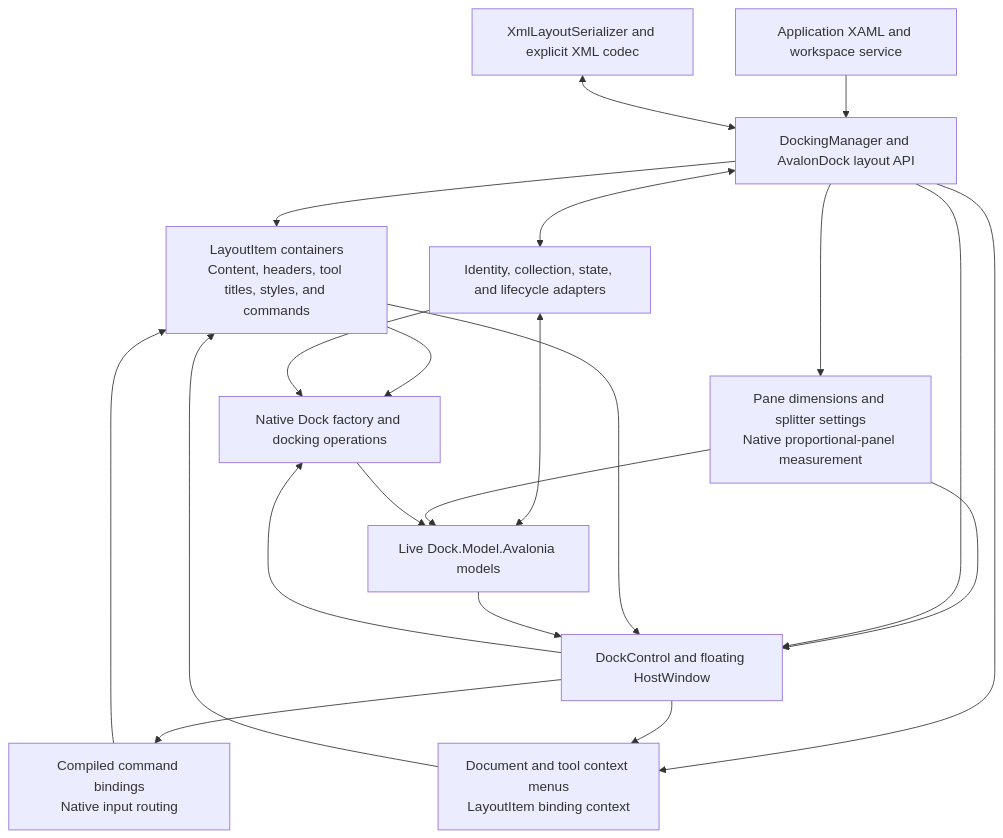
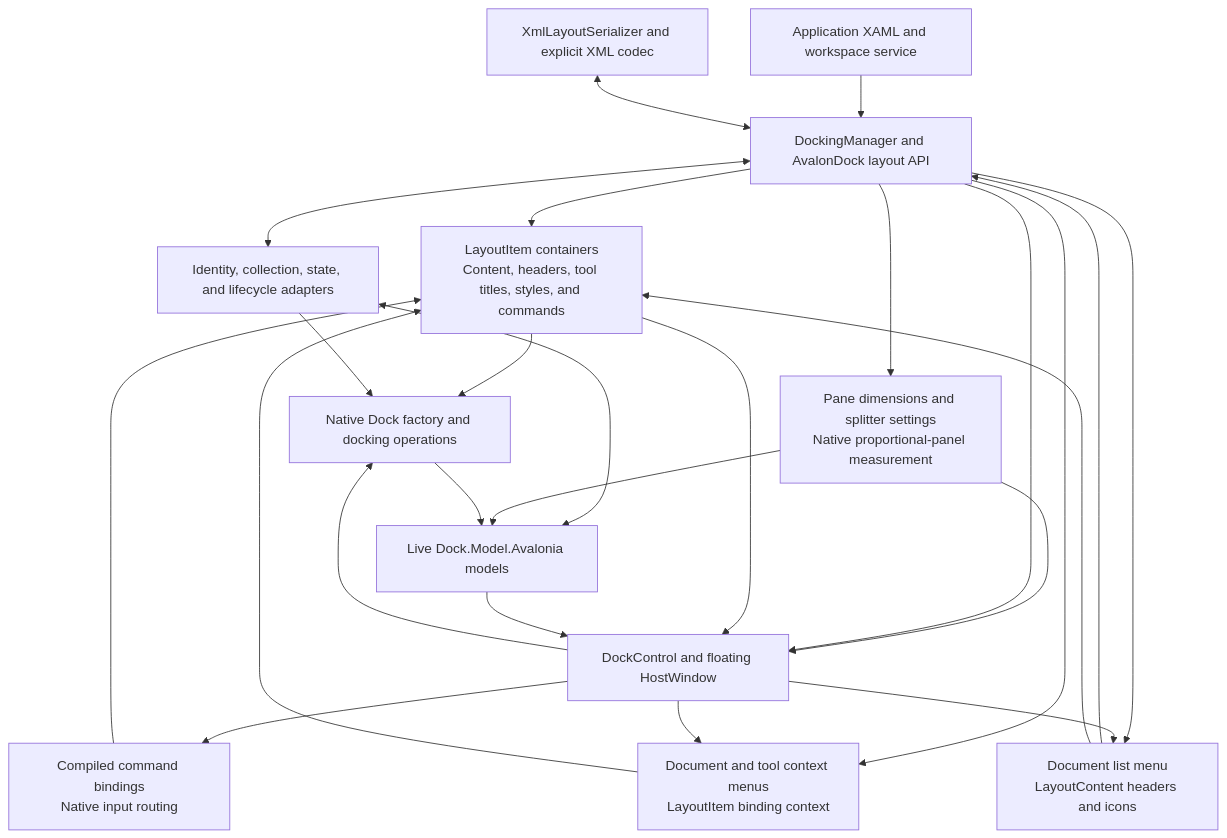
One commit to wieslawsoltes/Dock changed the diagram in src/Dock.Avalonia.AvalonDock/AVALONDOCK.md. Above: the diagram before and after it, drawn with Mermaid. The commit also changed other lines of this file and 22 other files, not shown here.

Commit message:
Add native AvalonDock document list menus and templates

````diff
--- a/src/Dock.Avalonia.AvalonDock/AVALONDOCK.md
+++ b/src/Dock.Avalonia.AvalonDock/AVALONDOCK.md
@@ -234,34 +255,39 @@
 ```mermaid
 flowchart TB
     App["Application XAML and workspace service"]
     Api["DockingManager and AvalonDock layout API"]
     Items["LayoutItem containers<br/>Content, headers, tool titles, styles, and commands"]
     Commands["Compiled command bindings<br/>Native input routing"]
     Menus["Document and tool context menus<br/>LayoutItem binding context"]
+    DocumentList["Document list menu<br/>LayoutContent headers and icons"]
     Bridge["Identity, collection, state, and lifecycle adapters"]
     Sizing["Pane dimensions and splitter settings<br/>Native proportional-panel measurement"]
     Models["Live Dock.Model.Avalonia models"]
     Factory["Native Dock factory and docking operations"]
     View["DockControl and floating HostWindow"]
     Xml["XmlLayoutSerializer and explicit XML codec"]
     App --> Api
     Api --> Items
     Items --> Factory
     Api <--> Bridge
     Bridge <--> Models
     Api --> Sizing
     Sizing --> Models
     Sizing --> View
     Bridge --> Factory
     Factory --> Models
     Api --> View
     Items --> View
     View --> Commands
     Commands --> Items
     Api --> Menus
     View --> Menus
     Menus --> Items
+    Api --> DocumentList
+    View --> DocumentList
+    DocumentList --> Api
+    DocumentList --> Items
     Models --> View
     View --> Factory
     Xml <--> Api
 ```
````
